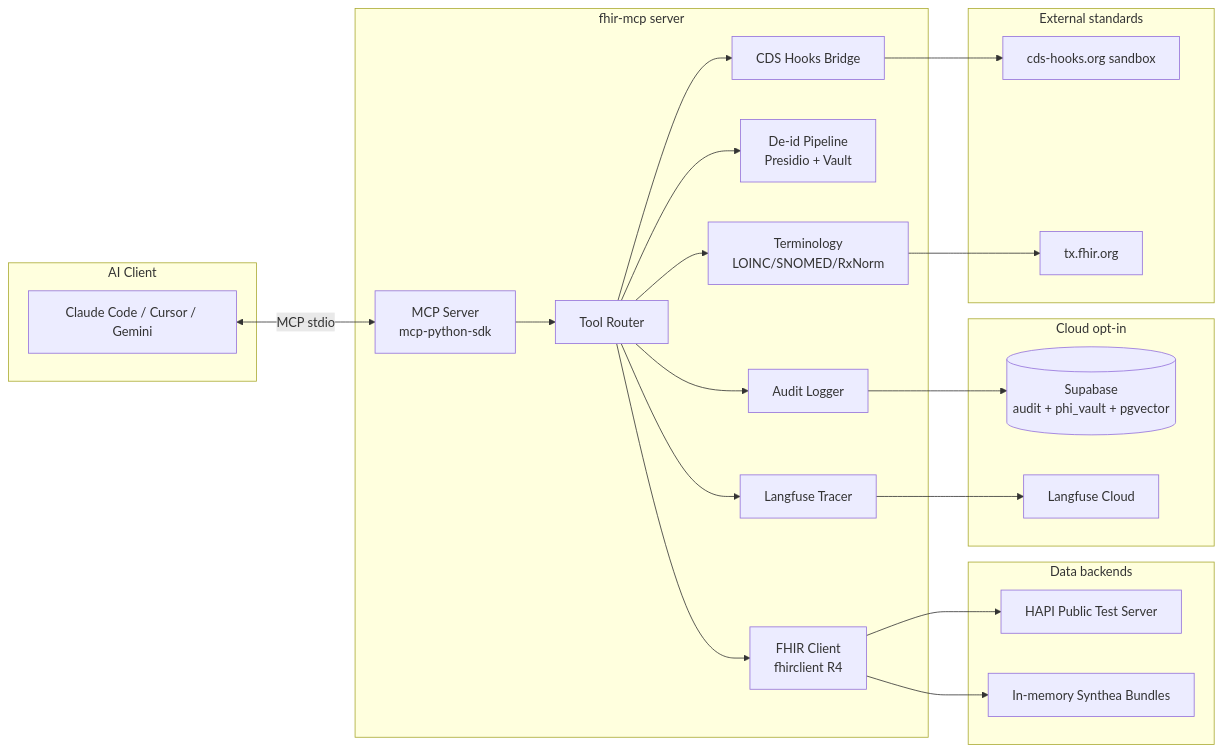
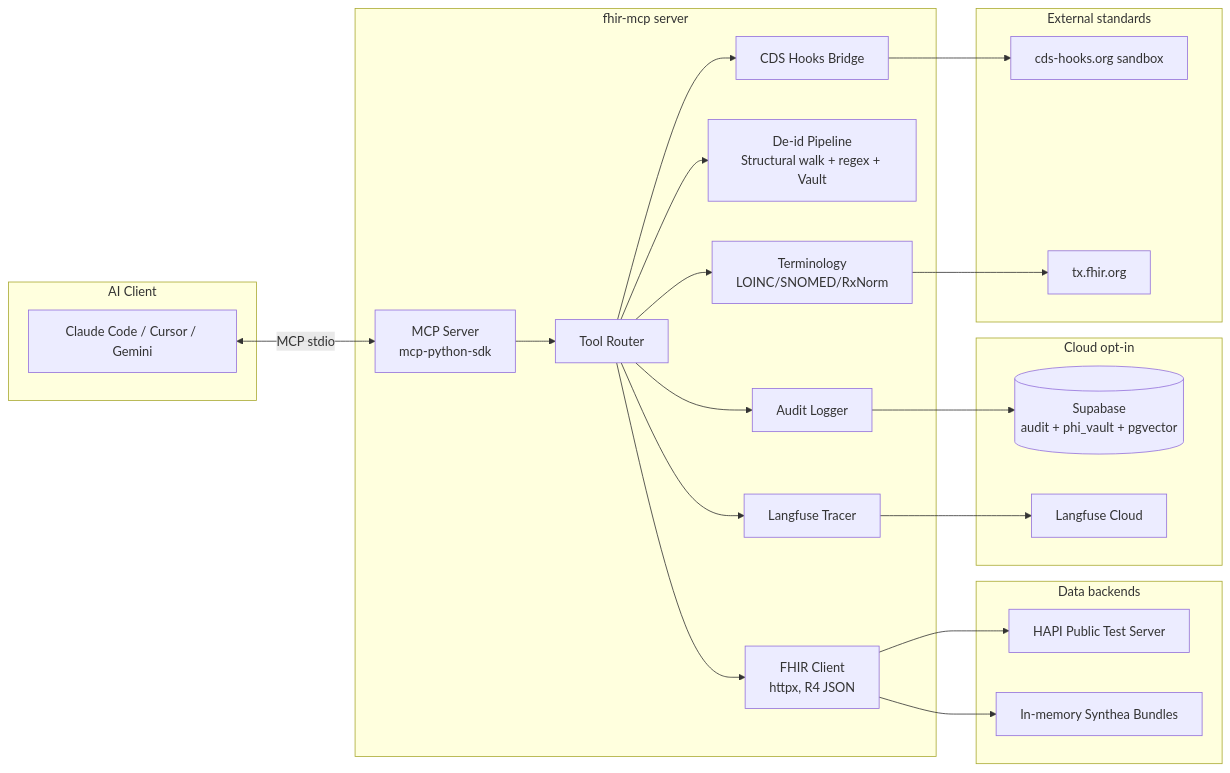
One commit to DhairyaShah981/fhir-mcp changed the diagram in README.md. Above: the diagram before and after it, drawn with Mermaid. The commit also changed other lines of this file and 19 other files, not shown here.

````diff
--- a/README.md
+++ b/README.md
@@ -112,47 +120,47 @@
 ```mermaid
 flowchart LR
   subgraph CLI["AI Client"]
     A[Claude Code / Cursor / Gemini]
   end
 
   subgraph SRV["fhir-mcp server"]
     B[MCP Server<br/>mcp-python-sdk]
     C[Tool Router]
-    D[FHIR Client<br/>fhirclient R4]
-    E[De-id Pipeline<br/>Presidio + Vault]
+    D[FHIR Client<br/>httpx, R4 JSON]
+    E[De-id Pipeline<br/>Structural walk + regex + Vault]
     F[CDS Hooks Bridge]
     G[Terminology<br/>LOINC/SNOMED/RxNorm]
     H[Audit Logger]
     I[Langfuse Tracer]
   end
 
   subgraph BE["Data backends"]
     J[HAPI Public Test Server]
     K[In-memory Synthea Bundles]
   end
 
   subgraph OPT["Cloud opt-in"]
     L[(Supabase<br/>audit + phi_vault + pgvector)]
     M[Langfuse Cloud]
   end
 
   subgraph EXT["External standards"]
     N[cds-hooks.org sandbox]
     O[tx.fhir.org]
   end
 
   A <-->|MCP stdio| B
   B --> C
   C --> D
   C --> E
   C --> F
   C --> G
   C --> H
   C --> I
   D --> J
   D --> K
   F --> N
   G --> O
   H --> L
   I --> M
 ```
````
